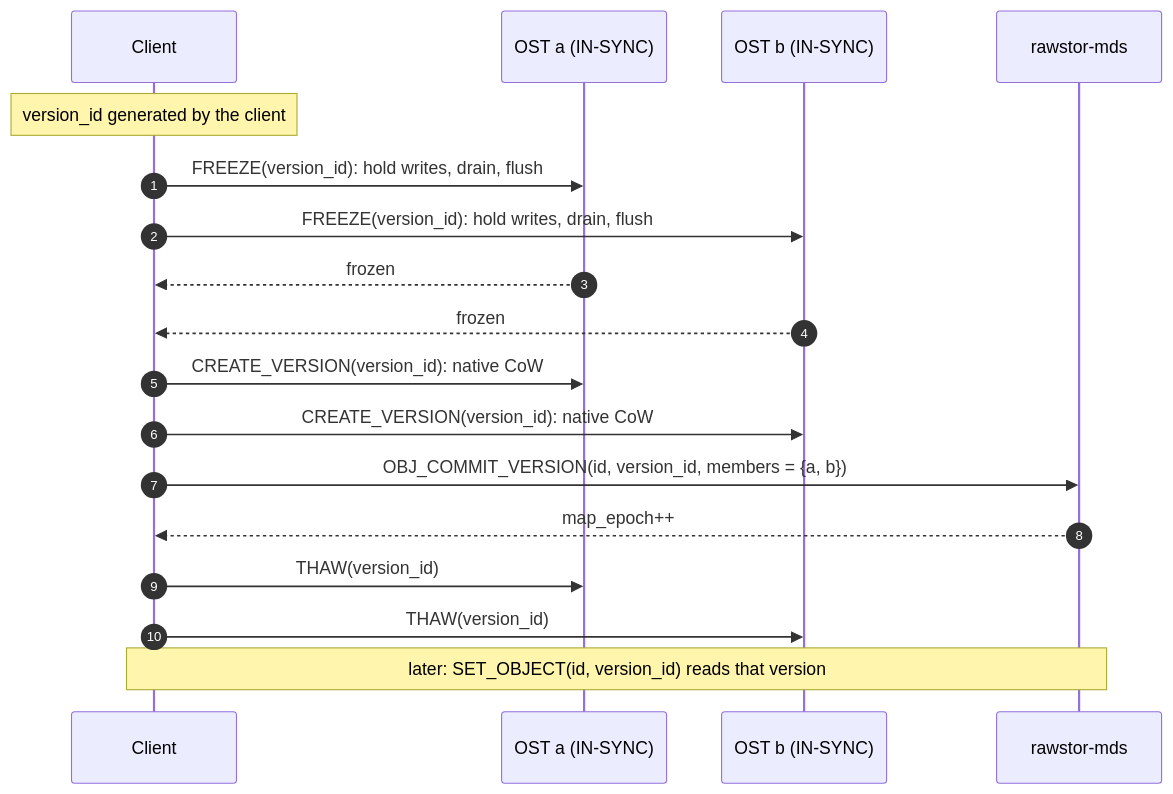
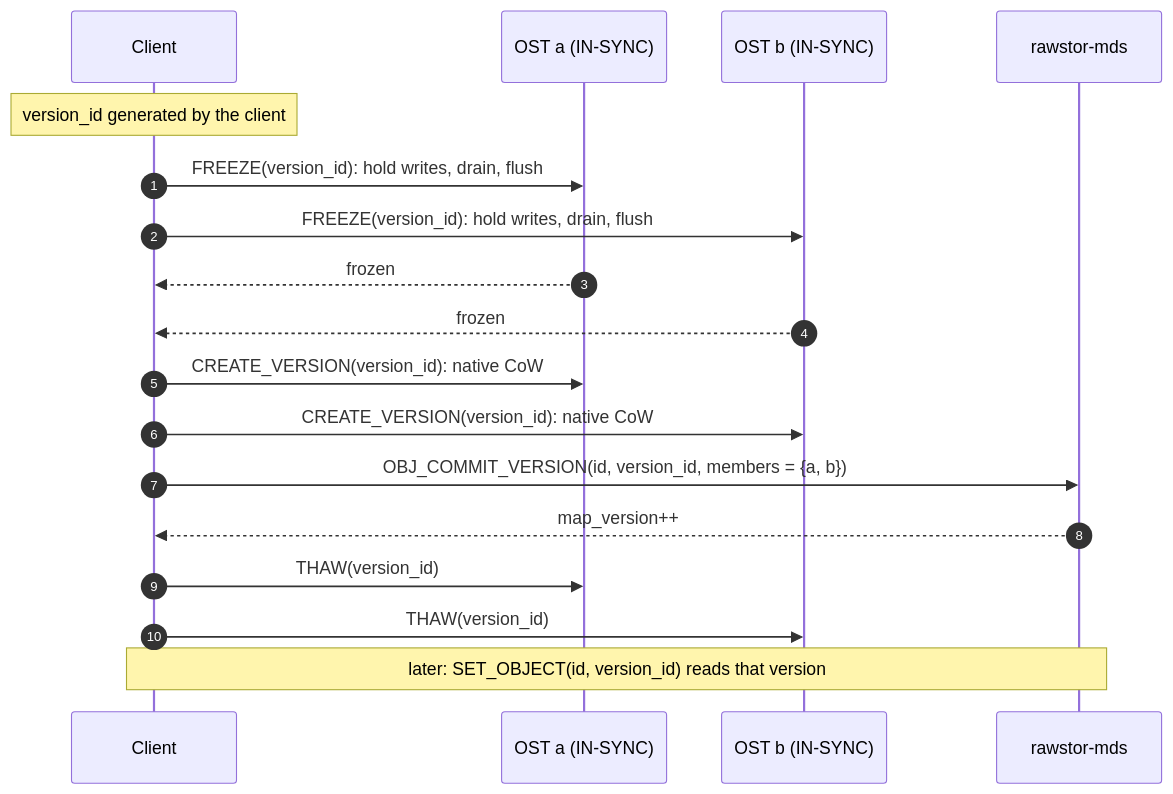
The seventh of 8 diagrams in docs/mds.md (rawstor/librawstor), drawn with Mermaid before and after one commit. The commit also changed other lines of this file and 9 other files, not shown here.

First line of the commit message:
ref(mds): rename map_epoch to map_version

````diff
--- a/docs/mds.md
+++ b/docs/mds.md
@@ -781,20 +781,20 @@
 ```mermaid
 sequenceDiagram
     autonumber
     participant C as Client
     participant A as OST a (IN-SYNC)
     participant B as OST b (IN-SYNC)
     participant M as rawstor-mds
     Note over C: version_id generated by the client
     C->>A: FREEZE(version_id): hold writes, drain, flush
     C->>B: FREEZE(version_id): hold writes, drain, flush
     A-->>C: frozen
     B-->>C: frozen
     C->>A: CREATE_VERSION(version_id): native CoW
     C->>B: CREATE_VERSION(version_id): native CoW
     C->>M: OBJ_COMMIT_VERSION(id, version_id, members = {a, b})
-    M-->>C: map_epoch++
+    M-->>C: map_version++
     C->>A: THAW(version_id)
     C->>B: THAW(version_id)
     Note over C,M: later: SET_OBJECT(id, version_id) reads that version
 ```
````
